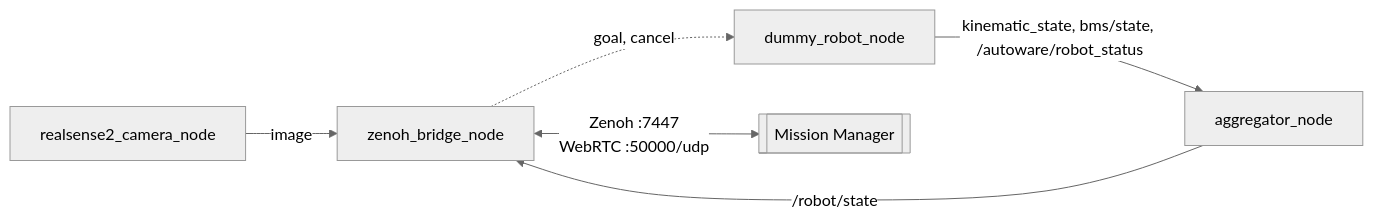
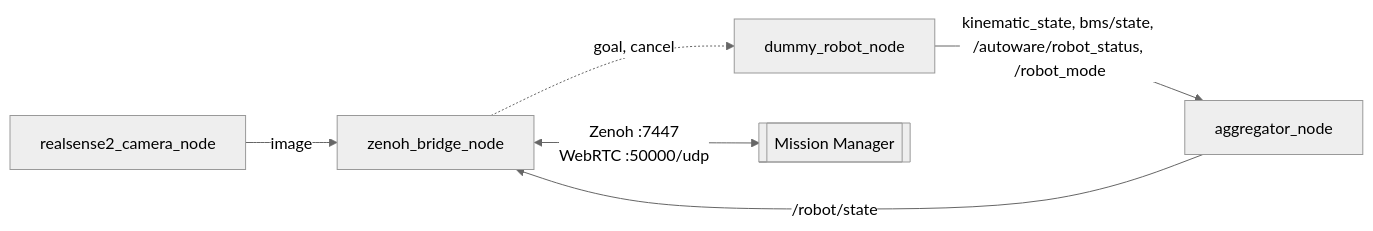
The first of 2 diagrams in experiments/dummy_robot/README.md (patrol-knight/husky), drawn with Mermaid (neutral theme) before and after one commit. The commit also changed other lines of this file and 1 other file, not shown here.

Commit message:
chore: bump zenoh_bridge; dummy_robot publishes /robot_mode

````diff
--- a/experiments/dummy_robot/README.md
+++ b/experiments/dummy_robot/README.md
@@ -7,8 +7,8 @@
 ```mermaid
 flowchart LR
     Cam["realsense2_camera_node"] -- image --> Bridge
-    Dummy["dummy_robot_node"] -- "kinematic_state, bms/state, /autoware/robot_status" --> Agg["aggregator_node"]
+    Dummy["dummy_robot_node"] -- "kinematic_state, bms/state, /autoware/robot_status, /robot_mode" --> Agg["aggregator_node"]
     Agg -- "/robot/state" --> Bridge["zenoh_bridge_node"]
     Bridge -. "goal, cancel" .-> Dummy
     Bridge <-- "Zenoh :7447<br/>WebRTC :50000/udp" --> MM[["Mission Manager"]]
 ```
````
